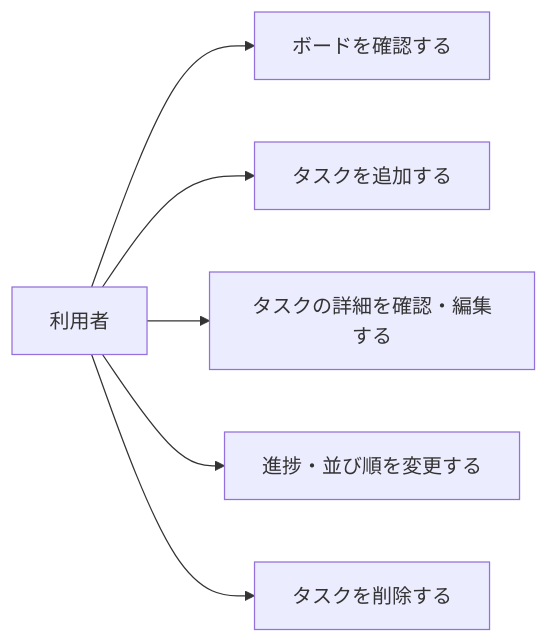
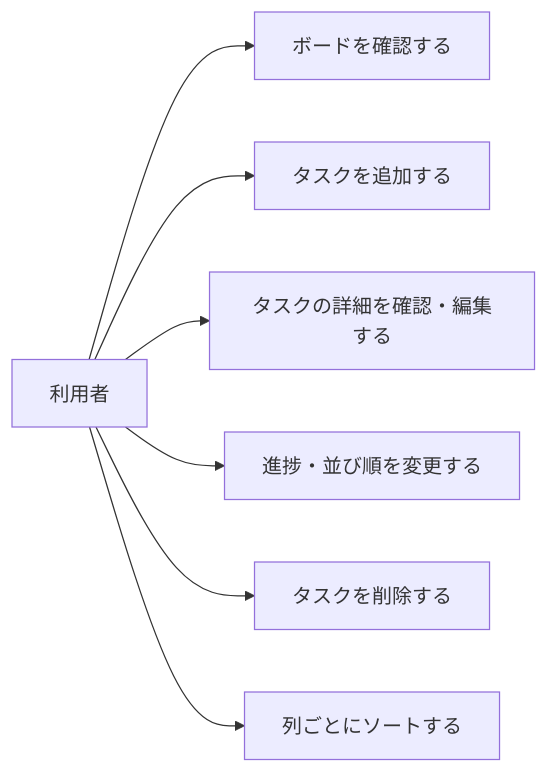
One commit to kouichiiwaoka/RaiseTech_TaskManager changed the first of 3 diagrams in 機能仕様書.md. Above: the diagram before and after it, drawn with Mermaid. The commit also changed other lines of this file and 9 other files, not shown here.

````diff
--- a/機能仕様書.md
+++ b/機能仕様書.md
@@ -56,8 +66,9 @@
 ```mermaid
 flowchart LR
     U[利用者] --> UC1[ボードを確認する]
     U --> UC2[タスクを追加する]
     U --> UC3[タスクの詳細を確認・編集する]
     U --> UC4[進捗・並び順を変更する]
     U --> UC5[タスクを削除する]
+    U --> UC6[列ごとにソートする]
 ```
````
